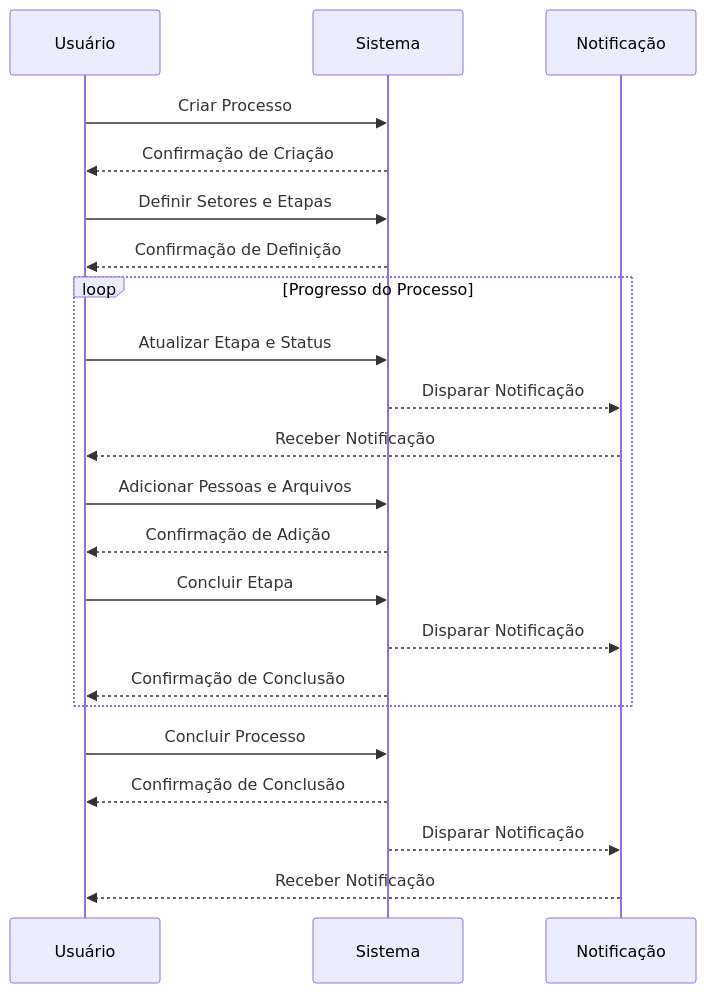
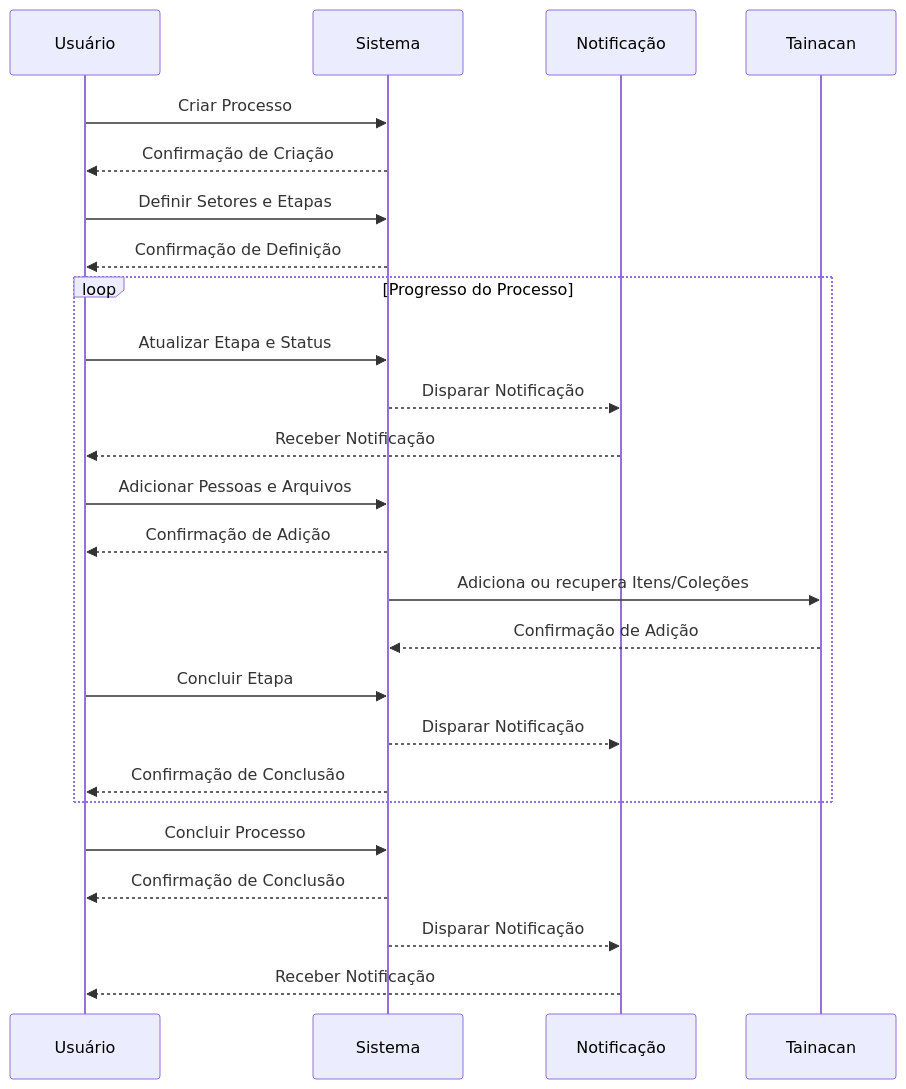
One commit to Nocs-lab/Obatala changed the second of 2 diagrams in docs/docs/modelagem/processos.md. Above: the diagram before and after it, drawn with Mermaid. The commit also changed other lines of this file, not shown here.

````diff
--- a/docs/docs/modelagem/processos.md
+++ b/docs/docs/modelagem/processos.md
@@ -104,27 +118,30 @@
 ```mermaid
 sequenceDiagram
     participant Usuário
     participant Sistema
     participant Notificação
+    participant Tainacan
 
     Usuário->>Sistema: Criar Processo
     Sistema-->>Usuário: Confirmação de Criação
     Usuário->>Sistema: Definir Setores e Etapas
     Sistema-->>Usuário: Confirmação de Definição
     
     loop Progresso do Processo
         Usuário->>Sistema: Atualizar Etapa e Status
         Sistema-->>Notificação: Disparar Notificação
         Notificação-->>Usuário: Receber Notificação
         Usuário->>Sistema: Adicionar Pessoas e Arquivos
         Sistema-->>Usuário: Confirmação de Adição
+        Sistema->>Tainacan: Adiciona ou recupera Itens/Coleções
+        Tainacan-->>Sistema: Confirmação de Adição
         Usuário->>Sistema: Concluir Etapa
         Sistema-->>Notificação: Disparar Notificação
         Sistema-->>Usuário: Confirmação de Conclusão
     end
     
     Usuário->>Sistema: Concluir Processo
     Sistema-->>Usuário: Confirmação de Conclusão
     Sistema-->>Notificação: Disparar Notificação
     Notificação-->>Usuário: Receber Notificação
 ```
````
